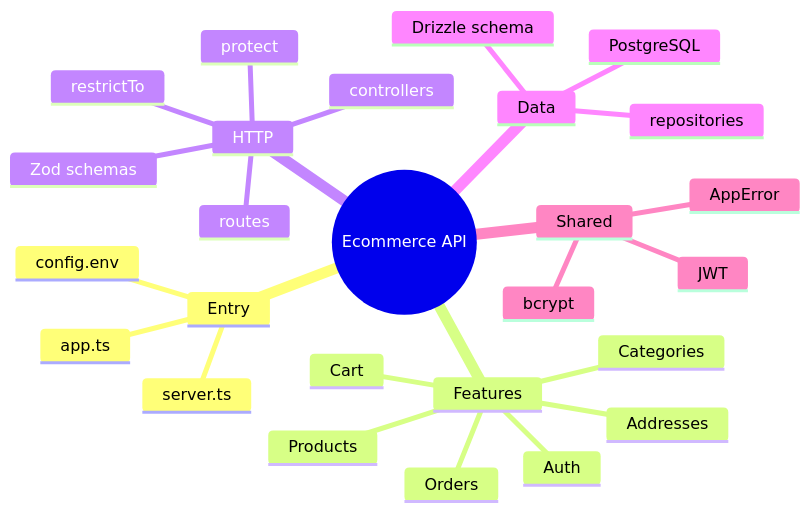
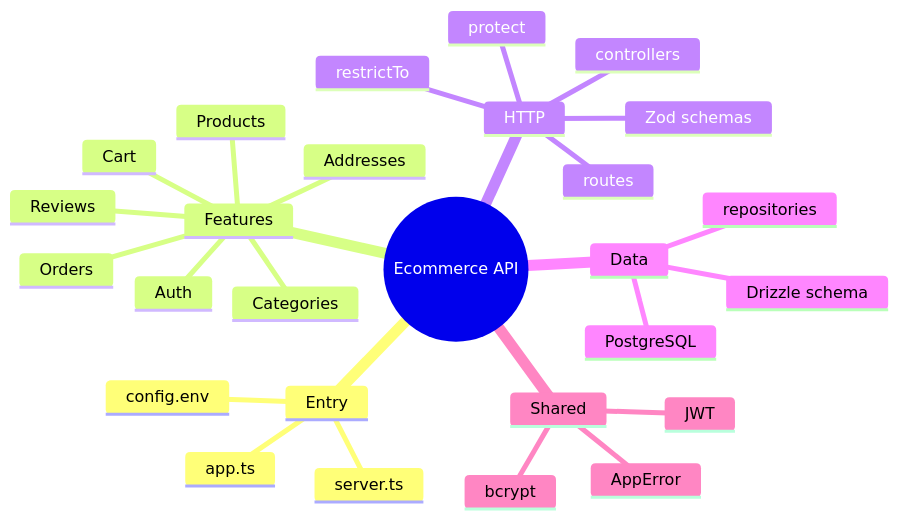
One commit to mahdi-code007/ecommerce-api-typescript changed the second of 6 diagrams in README.md. Above: the diagram before and after it, drawn with Mermaid. The commit also changed other lines of this file and 18 other files, not shown here.

````diff
--- a/README.md
+++ b/README.md
@@ -358,29 +392,30 @@
 ```mermaid
 mindmap
   root((Ecommerce API))
     Entry
       server.ts
       app.ts
       config.env
     Features
       Auth
       Categories
       Products
       Cart
       Addresses
       Orders
+      Reviews
     HTTP
       routes
       protect
       restrictTo
       Zod schemas
       controllers
     Data
       repositories
       Drizzle schema
       PostgreSQL
     Shared
       JWT
       bcrypt
       AppError
 ```
````
